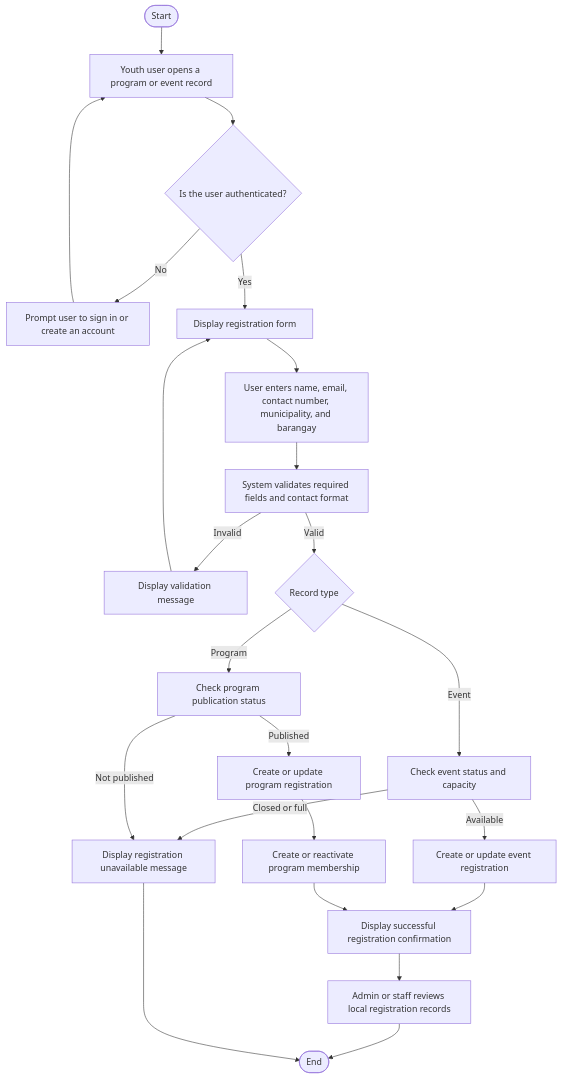
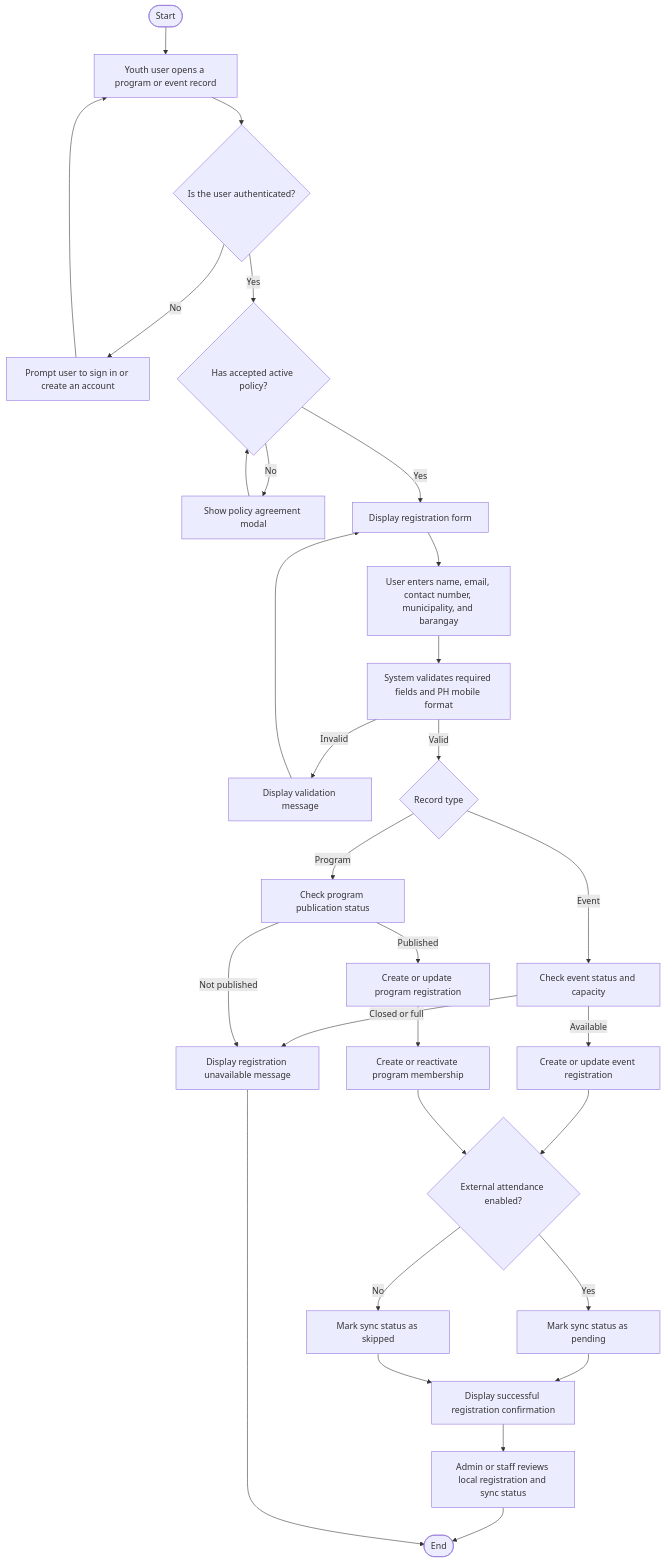
The second of 6 diagrams in Methodology/3.2.1-Activity-Diagram.md (txiaoqt/lydo-connect-org-focused), drawn with Mermaid before and after one commit. The commit also changed other lines of this file and 24 other files, not shown here.

````diff
--- a/Methodology/3.2.1-Activity-Diagram.md
+++ b/Methodology/3.2.1-Activity-Diagram.md
@@ -7,25 +30,32 @@
 ```mermaid
 flowchart TD
     A([Start]) --> B[Youth user opens a program or event record]
     B --> C{Is the user authenticated?}
     C -- No --> D[Prompt user to sign in or create an account]
     D --> B
-    C -- Yes --> E[Display registration form]
-    E --> F[User enters name, email, contact number, municipality, and barangay]
-    F --> G[System validates required fields and contact format]
-    G -- Invalid --> H[Display validation message]
-    H --> E
-    G -- Valid --> I{Record type}
-    I -- Event --> J[Check event status and capacity]
-    I -- Program --> K[Check program publication status]
-    J -- Closed or full --> L[Display registration unavailable message]
-    K -- Not published --> L
-    J -- Available --> M[Create or update event registration]
-    K -- Published --> N[Create or update program registration]
-    N --> O[Create or reactivate program membership]
-    M --> P[Display successful registration confirmation]
-    O --> P
-    P --> Q[Admin or staff reviews local registration records]
-    Q --> R([End])
-    L --> R
+    C -- Yes --> E{Has accepted active policy?}
+    E -- No --> F[Show policy agreement modal]
+    F --> E
+    E -- Yes --> G[Display registration form]
+    G --> H[User enters name, email, contact number, municipality, and barangay]
+    H --> I[System validates required fields and PH mobile format]
+    I -- Invalid --> J[Display validation message]
+    J --> G
+    I -- Valid --> K{Record type}
+    K -- Event --> L[Check event status and capacity]
+    K -- Program --> M[Check program publication status]
+    L -- Closed or full --> N[Display registration unavailable message]
+    M -- Not published --> N
+    L -- Available --> O[Create or update event registration]
+    M -- Published --> P[Create or update program registration]
+    P --> Q[Create or reactivate program membership]
+    O --> R{External attendance enabled?}
+    Q --> R
+    R -- Yes --> S[Mark sync status as pending]
+    R -- No --> T[Mark sync status as skipped]
+    S --> U[Display successful registration confirmation]
+    T --> U
+    U --> V[Admin or staff reviews local registration and sync status]
+    V --> W([End])
+    N --> W
 ```
````
